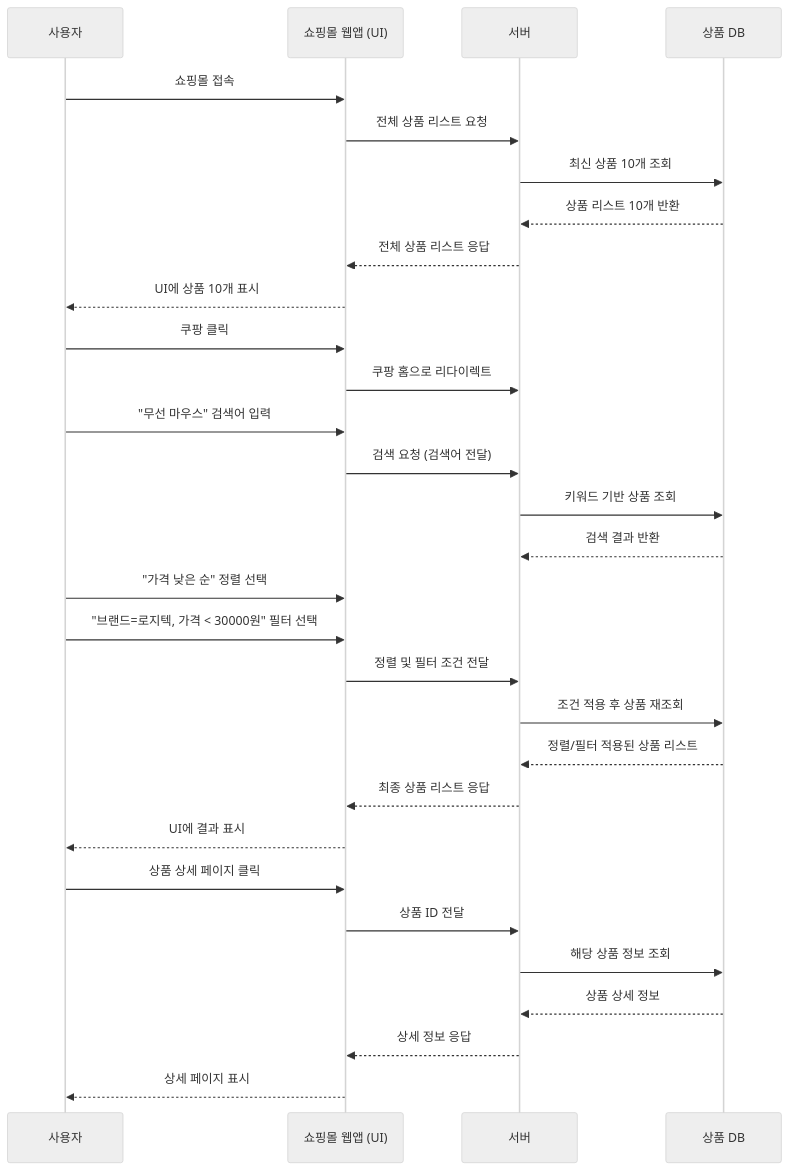
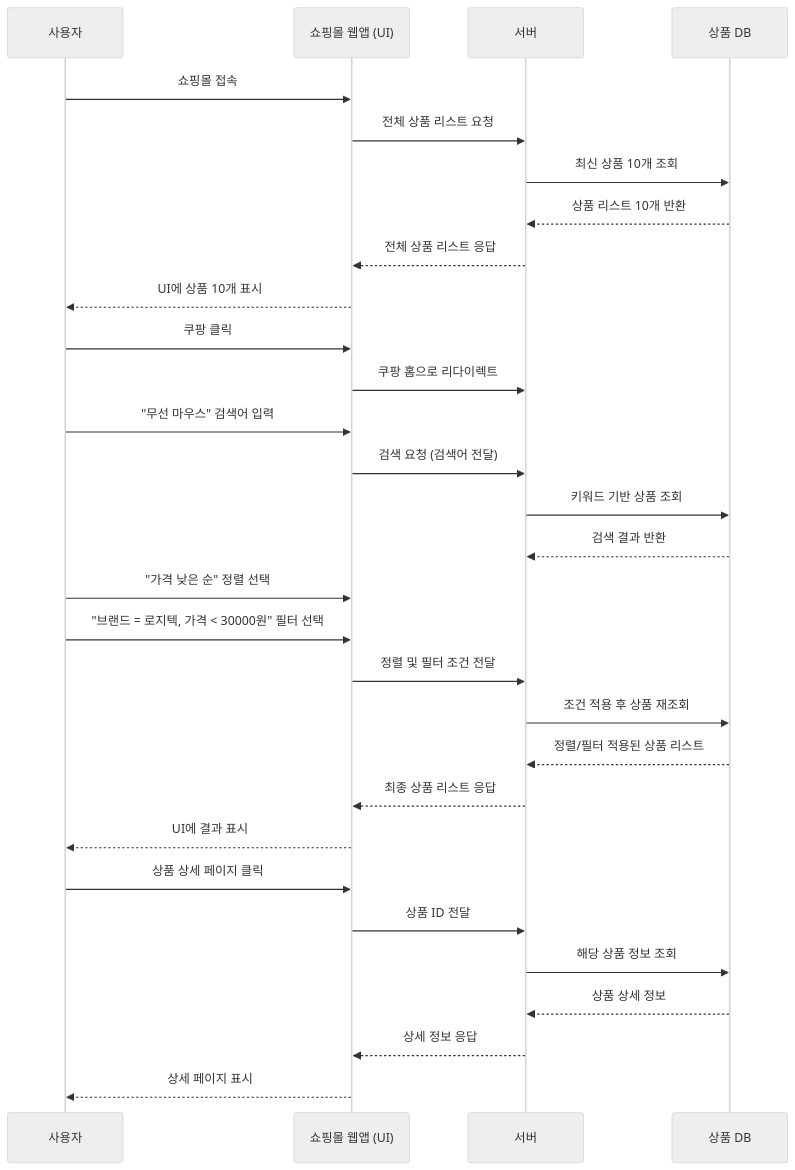
One commit to yewonseowill/software changed the diagram in README.md. Above: the diagram before and after it, drawn with Mermaid (neutral theme). The commit also changed other lines of this file, not shown here.

````diff
--- a/README.md
+++ b/README.md
@@ -36,44 +36,44 @@
 ```mermaid
 sequenceDiagram
     %% 사용자, 전체 상품 조회 → 검색 → 정렬/필터 → 상세 보기까지의 전체 흐름
 
     participant User as 사용자
     participant WebApp as 쇼핑몰 웹앱 (UI)
     participant Server as 서버
     participant ProductDB as 상품 DB
 
     %% 0. 전체 상품 리스트 초기 로드
     User->>WebApp: 쇼핑몰 접속
     WebApp->>Server: 전체 상품 리스트 요청
     Server->>ProductDB: 최신 상품 10개 조회
     ProductDB-->>Server: 상품 리스트 10개 반환
     Server-->>WebApp: 전체 상품 리스트 응답
     WebApp-->>User: UI에 상품 10개 표시
 
     %% 1. 플랫폼 선택
     User->>WebApp: 쿠팡 클릭
     WebApp->>Server: 쿠팡 홈으로 리다이렉트
 
     %% 2. 검색
     User->>WebApp: "무선 마우스" 검색어 입력
     WebApp->>Server: 검색 요청 (검색어 전달)
     Server->>ProductDB: 키워드 기반 상품 조회
     ProductDB-->>Server: 검색 결과 반환
 
     %% 3. 정렬 및 필터 적용
     User->>WebApp: "가격 낮은 순" 정렬 선택
-    User->>WebApp: "브랜드=로지텍, 가격 < 30000원" 필터 선택
+    User->>WebApp: "브랜드 = 로지텍, 가격 < 30000원" 필터 선택
     WebApp->>Server: 정렬 및 필터 조건 전달
     Server->>ProductDB: 조건 적용 후 상품 재조회
     ProductDB-->>Server: 정렬/필터 적용된 상품 리스트
     Server-->>WebApp: 최종 상품 리스트 응답
     WebApp-->>User: UI에 결과 표시
 
     %% 4. 상세 보기
     User->>WebApp: 상품 상세 페이지 클릭
     WebApp->>Server: 상품 ID 전달
     Server->>ProductDB: 해당 상품 정보 조회
     ProductDB-->>Server: 상품 상세 정보
     Server-->>WebApp: 상세 정보 응답
     WebApp-->>User: 상세 페이지 표시
 ```
````
